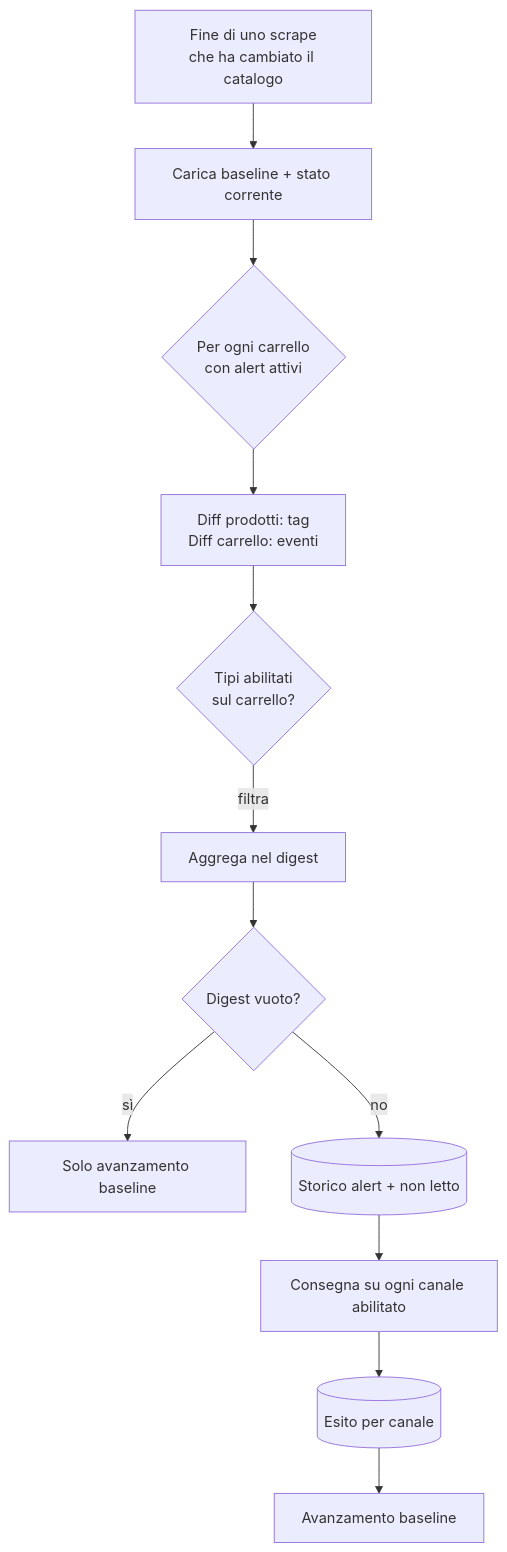
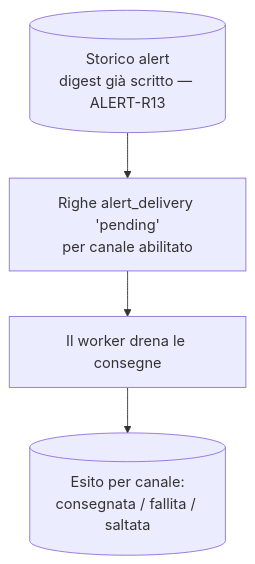
The diagram in docs-ita/3-features/user/alerts-and-notifications.md (caporalesimone/watch-em-all), drawn with Mermaid before and after one commit. The commit also changed other lines of this file and 19 other files, not shown here.

````diff
--- a/docs-ita/3-features/user/alerts-and-notifications.md
+++ b/docs-ita/3-features/user/alerts-and-notifications.md
@@ -33,14 +21,6 @@
 ```mermaid
 flowchart TD
-    T[Fine di uno scrape<br/>che ha cambiato il catalogo] --> L[Carica baseline + stato corrente]
-    L --> C{Per ogni carrello<br/>con alert attivi}
-    C --> D[Diff prodotti: tag<br/>Diff carrello: eventi]
-    D --> F{Tipi abilitati<br/>sul carrello?}
-    F -- filtra --> AGG[Aggrega nel digest]
-    AGG --> E{Digest vuoto?}
-    E -- sì --> ADV[Solo avanzamento baseline]
-    E -- no --> LOG[(Storico alert + non letto)]
-    LOG --> CH[Consegna su ogni canale abilitato]
-    CH --> REC[(Esito per canale)]
-    REC --> ADV2[Avanzamento baseline]
+    LOG[(Storico alert<br/>digest già scritto — ALERT-R13)] --> DISP[Righe alert_delivery 'pending'<br/>per canale abilitato]
+    DISP --> CH[Il worker drena le consegne]
+    CH --> REC[(Esito per canale:<br/>consegnata / fallita / saltata)]
 ```
````
